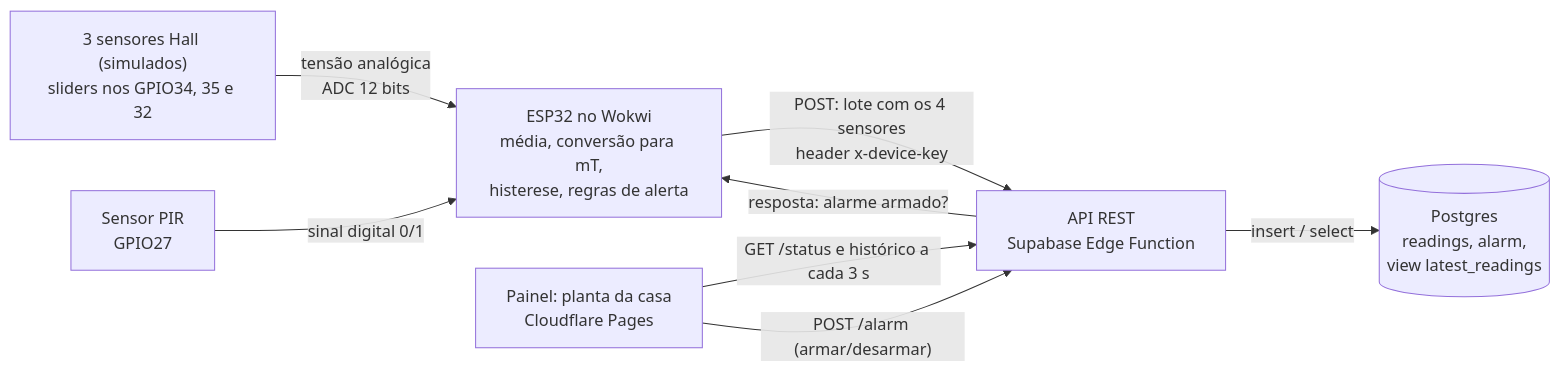
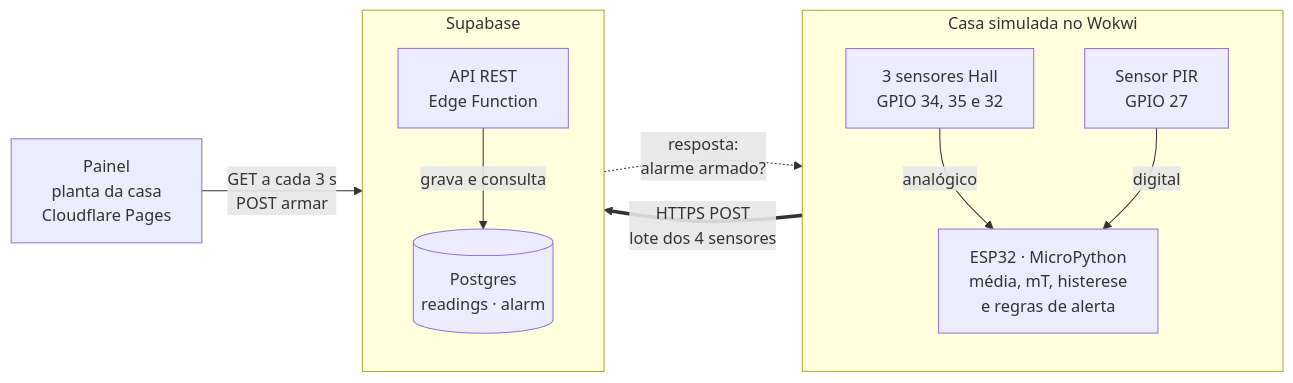
Before and after one commit to luizchicarelli/seguranca-residencial: the diagram in docs/relatorio.md, drawn with Mermaid. The commit also changed 1 other file, not shown here.

Commit message:
Diagrama da arquitetura mais legivel no README e no relatorio

````diff
--- a/docs/relatorio.md
+++ b/docs/relatorio.md
@@ -44,17 +44,21 @@
 ```mermaid
 flowchart LR
-    H["3 sensores Hall (simulados)<br/>sliders nos GPIO34, 35 e 32"]
-    P["Sensor PIR<br/>GPIO27"]
-    E["ESP32 no Wokwi<br/>média, conversão para mT,<br/>histerese, regras de alerta"]
-    A["API REST<br/>Supabase Edge Function"]
-    D[("Postgres<br/>readings, alarm,<br/>view latest_readings")]
-    W["Painel: planta da casa<br/>Cloudflare Pages"]
-
-    H -->|"tensão analógica<br/>ADC 12 bits"| E
-    P -->|"sinal digital 0/1"| E
-    E -->|"POST: lote com os 4 sensores<br/>header x-device-key"| A
-    A -->|"resposta: alarme armado?"| E
-    W -->|"GET /status e histórico a cada 3 s"| A
-    W -->|"POST /alarm (armar/desarmar)"| A
-    A -->|"insert / select"| D
+  subgraph casa["Casa simulada no Wokwi"]
+    direction TB
+    H["3 sensores Hall<br/>GPIO 34, 35 e 32"]
+    P["Sensor PIR<br/>GPIO 27"]
+    E["ESP32 · MicroPython<br/>média, mT, histerese<br/>e regras de alerta"]
+    H -->|analógico| E
+    P -->|digital| E
+  end
+  subgraph nuvem["Supabase"]
+    direction TB
+    A["API REST<br/>Edge Function"]
+    D[("Postgres<br/>readings · alarm")]
+    A -->|grava e consulta| D
+  end
+  W["Painel<br/>planta da casa<br/>Cloudflare Pages"]
+  E ==>|"HTTPS POST<br/>lote dos 4 sensores"| A
+  A -.->|"resposta:<br/>alarme armado?"| E
+  W -->|"GET a cada 3 s<br/>POST armar"| A
 ```
````
